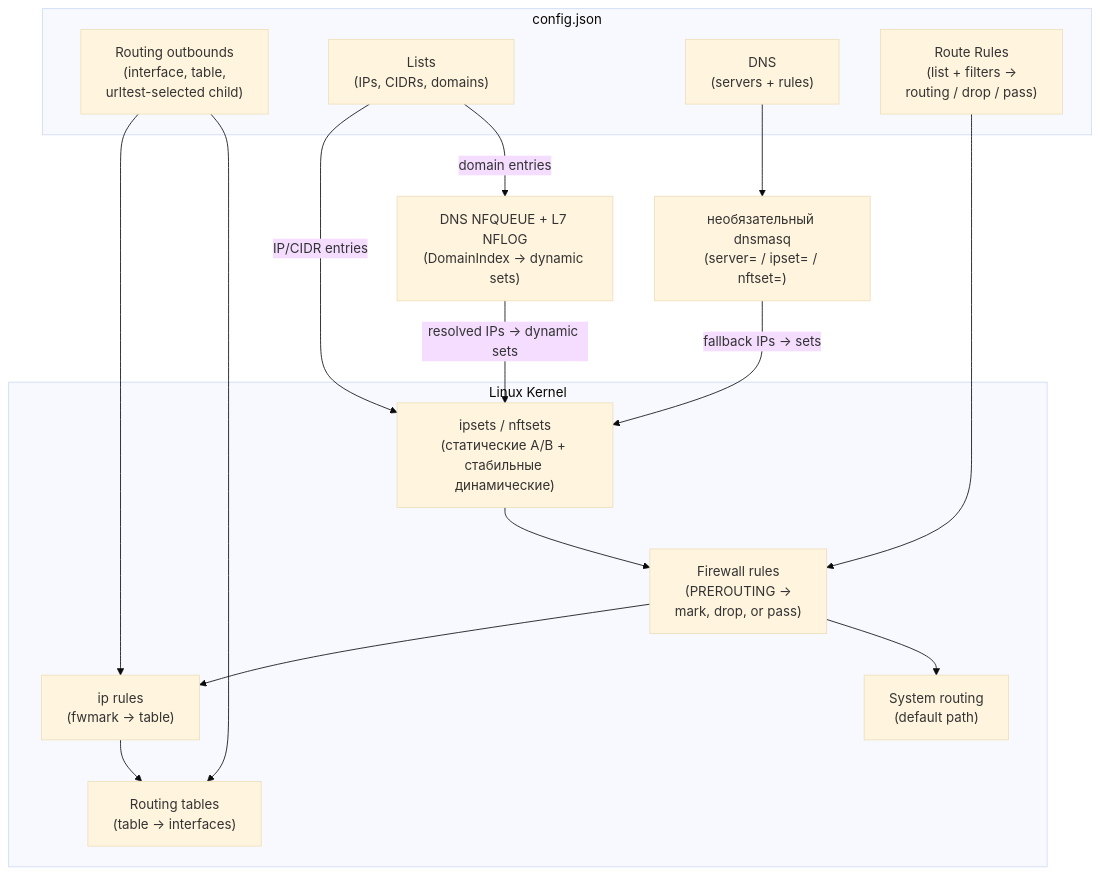
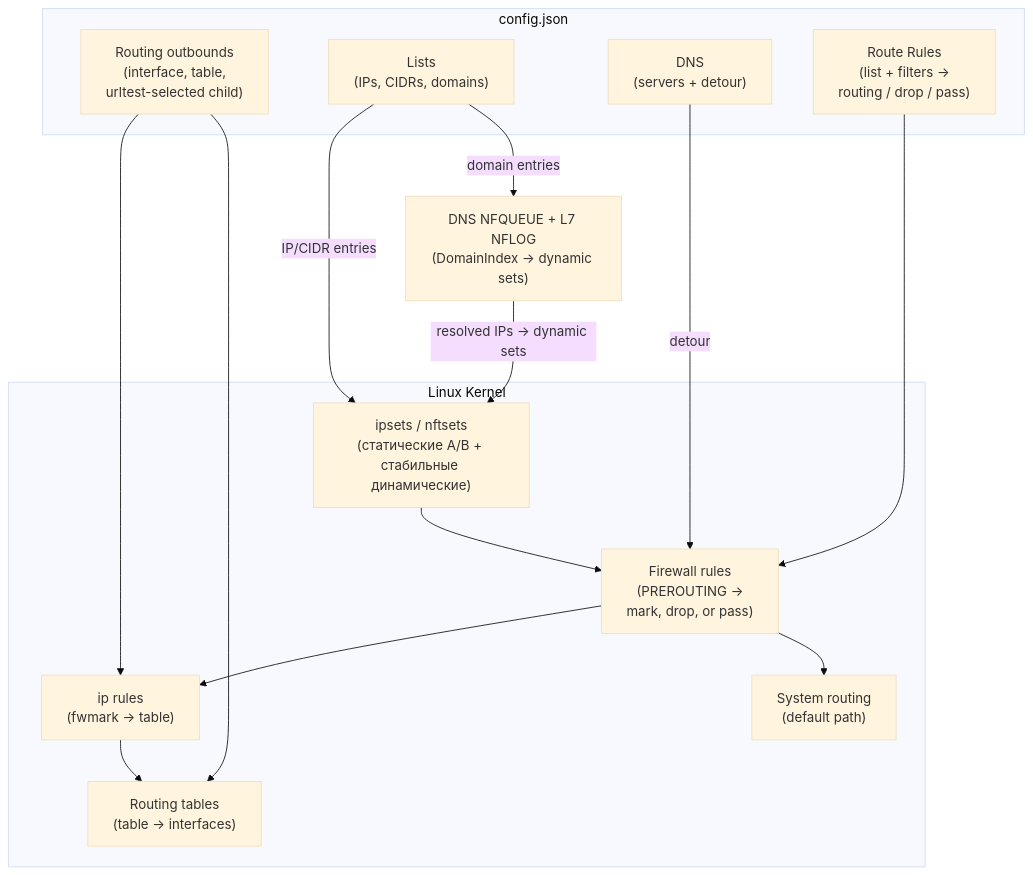
The first of 3 diagrams in docs/content/docs/concepts.ru.md (maksimkurb/keen-pbr), drawn with Mermaid (base theme) before and after one commit. The commit also changed other lines of this file and 99 other files, not shown here.

````diff
--- a/docs/content/docs/concepts.ru.md
+++ b/docs/content/docs/concepts.ru.md
@@ -95,33 +89,31 @@
 ```mermaid
 flowchart TD
     subgraph Config["config.json"]
         RoutingOutbounds["Routing outbounds\n(interface, table,\nurltest-selected child)"]
         Lists["Lists\n(IPs, CIDRs, domains)"]
-        DNS["DNS\n(servers + rules)"]
+        DNS["DNS\n(servers + detour)"]
         RouteRules["Route Rules\n(list + filters →\nrouting / drop / pass)"]
     end
 
     subgraph Kernel["Linux Kernel"]
         Ipsets["ipsets / nftsets\n(статические A/B + стабильные динамические)"]
         FwmarkRules["Firewall rules\n(PREROUTING →\nmark, drop, or pass)"]
         IpRules["ip rules\n(fwmark → table)"]
         RoutingTables["Routing tables\n(table → interfaces)"]
         SystemRouting["System routing\n(default path)"]
     end
 
     Interceptor["DNS NFQUEUE + L7 NFLOG\n(DomainIndex → dynamic sets)"]
-    Dnsmasq["необязательный dnsmasq\n(server= / ipset= / nftset=)"]
 
     Lists -->|"IP/CIDR entries"| Ipsets
     Lists -->|"domain entries"| Interceptor
-    DNS --> Dnsmasq
+    DNS -->|"detour"| FwmarkRules
     Ipsets --> FwmarkRules
     RouteRules --> FwmarkRules
     RoutingOutbounds --> IpRules
     RoutingOutbounds --> RoutingTables
     FwmarkRules --> IpRules
     FwmarkRules --> SystemRouting
     IpRules --> RoutingTables
     Interceptor -->|"resolved IPs → dynamic sets"| Ipsets
-    Dnsmasq -->|"fallback IPs → sets"| Ipsets
 ```
````
